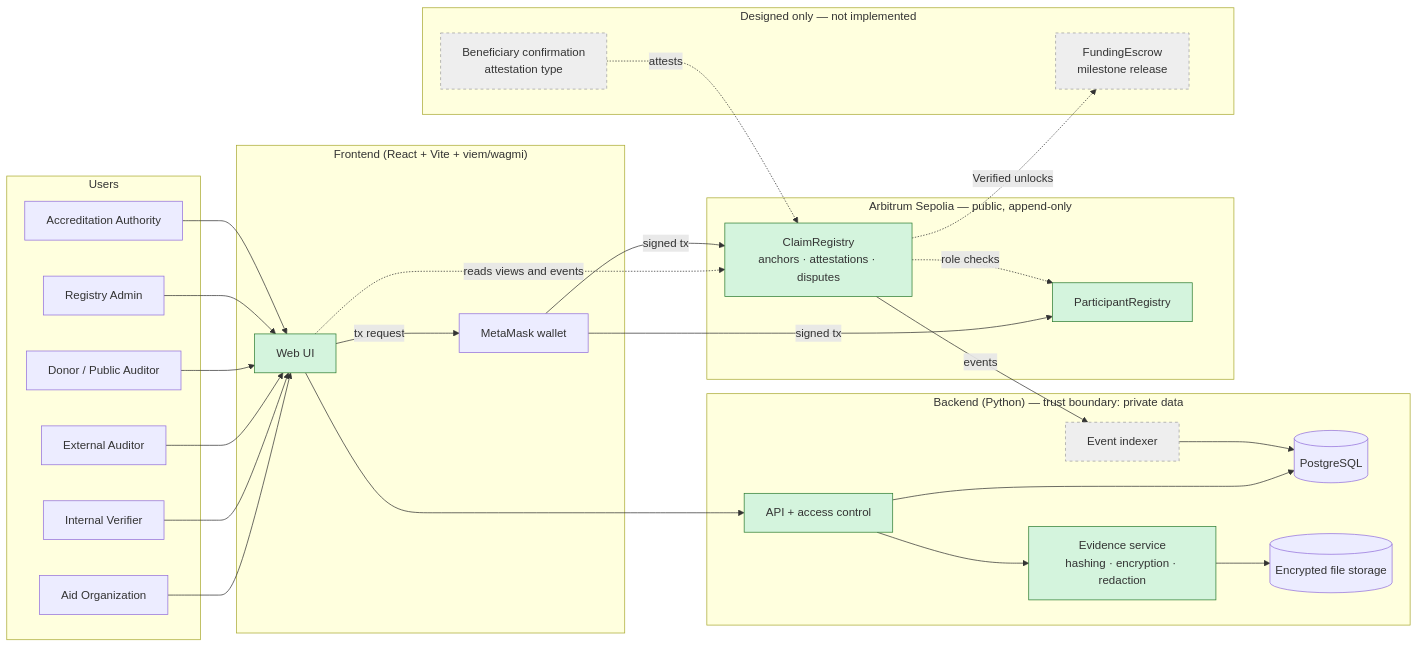
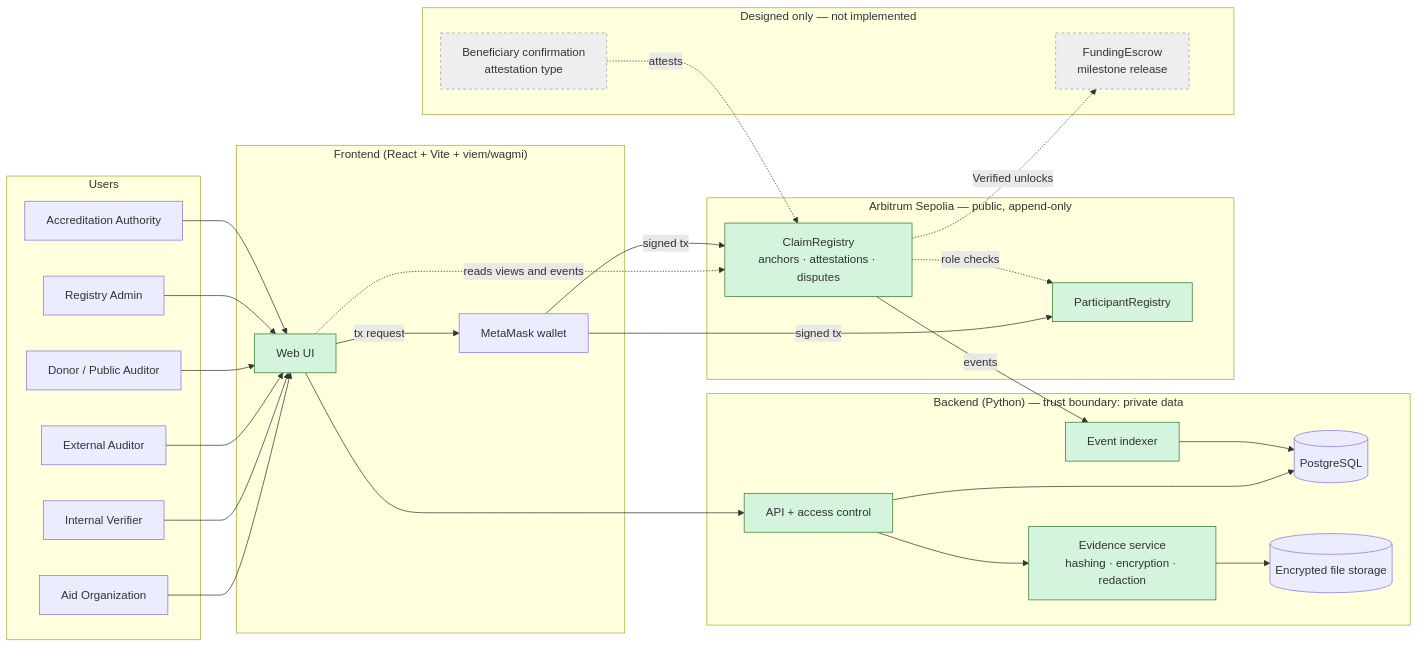
The second of 2 diagrams in docs/ARCHITECTURE.md (gpalfercmd/team-05), drawn with Mermaid before and after one commit. The commit also changed other lines of this file and 6 other files, not shown here.

First line of the commit message:
docs: bring submission, architecture and READMEs to the final as-built state (P7.1)

````diff
--- a/docs/ARCHITECTURE.md
+++ b/docs/ARCHITECTURE.md
@@ -123,52 +123,52 @@
 ```mermaid
 flowchart LR
   subgraph Users
     ORG[Aid Organization]
     IVER[Internal Verifier]
     AUD[External Auditor]
     PUB[Donor / Public Auditor]
     ADM[Registry Admin]
     AUTH[Accreditation Authority]
   end
 
   subgraph Client["Frontend (React + Vite + viem/wagmi)"]
     UI[Web UI]
     WAL[MetaMask wallet]
   end
 
   subgraph Offchain["Backend (Python) — trust boundary: private data"]
     API[API + access control]
     EVS[Evidence service<br/>hashing · encryption · redaction]
     IDX[Event indexer]
     DB[(PostgreSQL)]
     FS[(Encrypted file storage)]
   end
 
   subgraph Onchain["Arbitrum Sepolia — public, append-only"]
     REG[ParticipantRegistry]
     CLM[ClaimRegistry<br/>anchors · attestations · disputes]
   end
 
   ORG & IVER & AUD & PUB & ADM & AUTH --> UI
   UI --> API
   UI -. reads views and events .-> CLM
   UI -- tx request --> WAL
   WAL -- signed tx --> REG
   WAL -- signed tx --> CLM
   API --> EVS --> FS
   API --> DB
   CLM -- events --> IDX --> DB
   CLM -. role checks .-> REG
 
   subgraph Future["Designed only — not implemented"]
     ESC[FundingEscrow<br/>milestone release]
     BEN[Beneficiary confirmation<br/>attestation type]
   end
   CLM -. Verified unlocks .-> ESC
   BEN -. attests .-> CLM
 
   classDef impl fill:#d4f4dd,stroke:#2e7d32;
   classDef future fill:#eeeeee,stroke:#9e9e9e,stroke-dasharray: 4 4;
-  class UI,EVS,CLM,REG,API impl;
-  class ESC,BEN,IDX future;
+  class UI,EVS,CLM,REG,API,IDX impl;
+  class ESC,BEN future;
 ```
````
